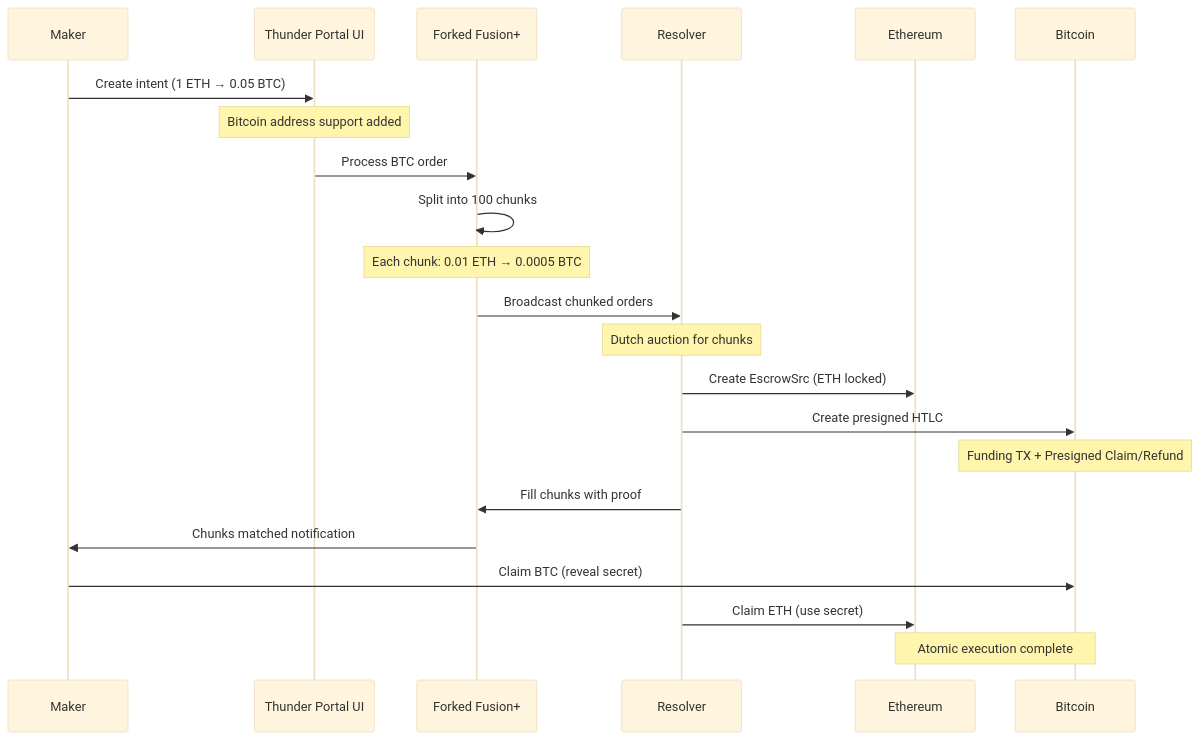
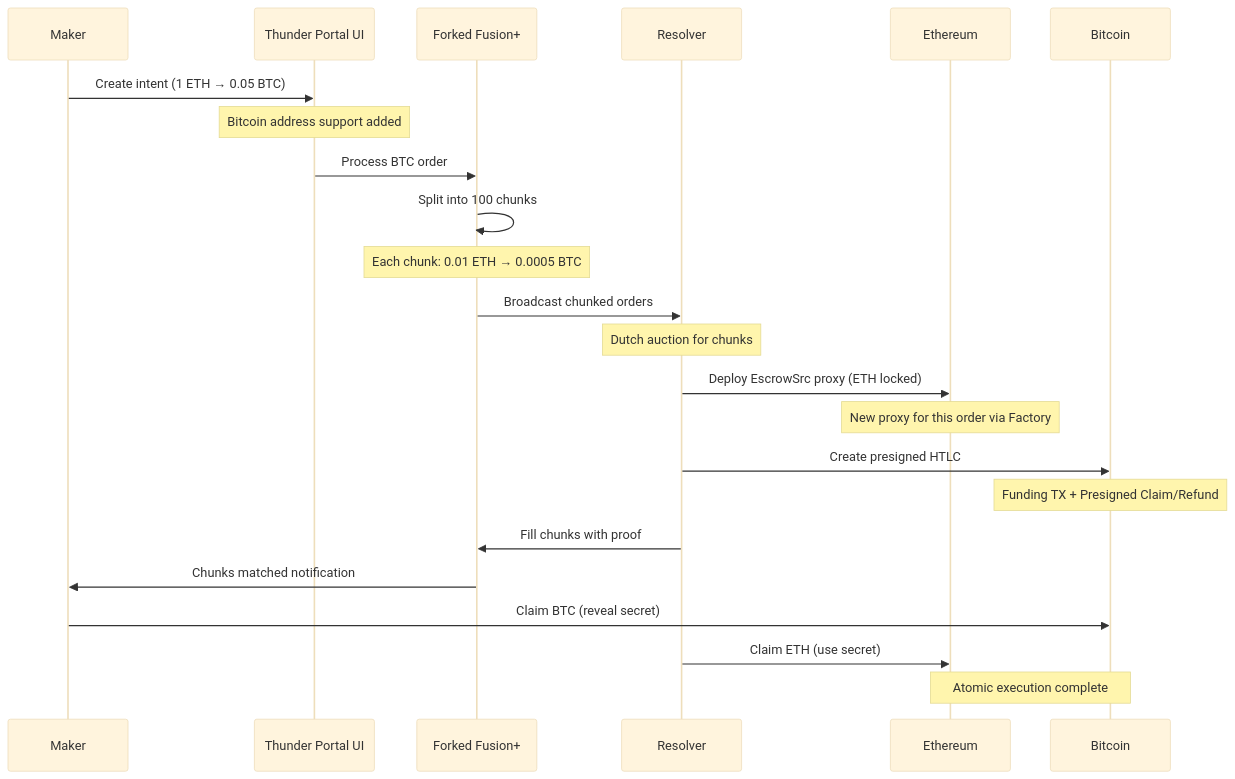
Before and after one commit to NuttakitDW/thunder-portal: the third of 7 diagrams in README.md, drawn with Mermaid (base theme). The commit also changed other lines of this file, not shown here.

Commit message:
docs: Enhance README with detailed escrow contract deployment and order isolation explanations

````diff
--- a/README.md
+++ b/README.md
@@ -152,29 +153,30 @@
 ```mermaid
 sequenceDiagram
     participant Maker
     participant ThunderUI as Thunder Portal UI
     participant ForkedProtocol as Forked Fusion+
     participant Resolver
     participant Ethereum
     participant Bitcoin
 
     Maker->>ThunderUI: Create intent (1 ETH → 0.05 BTC)
     Note over ThunderUI: Bitcoin address support added
     ThunderUI->>ForkedProtocol: Process BTC order
     ForkedProtocol->>ForkedProtocol: Split into 100 chunks
     Note over ForkedProtocol: Each chunk: 0.01 ETH → 0.0005 BTC
     
     ForkedProtocol->>Resolver: Broadcast chunked orders
     Note over Resolver: Dutch auction for chunks
     
-    Resolver->>Ethereum: Create EscrowSrc (ETH locked)
+    Resolver->>Ethereum: Deploy EscrowSrc proxy (ETH locked)
+    Note over Ethereum: New proxy for this order via Factory
     Resolver->>Bitcoin: Create presigned HTLC
     Note over Bitcoin: Funding TX + Presigned Claim/Refund
     
     Resolver->>ForkedProtocol: Fill chunks with proof
     ForkedProtocol->>Maker: Chunks matched notification
     
     Maker->>Bitcoin: Claim BTC (reveal secret)
     Resolver->>Ethereum: Claim ETH (use secret)
     Note over Ethereum,Bitcoin: Atomic execution complete
 ```
````
